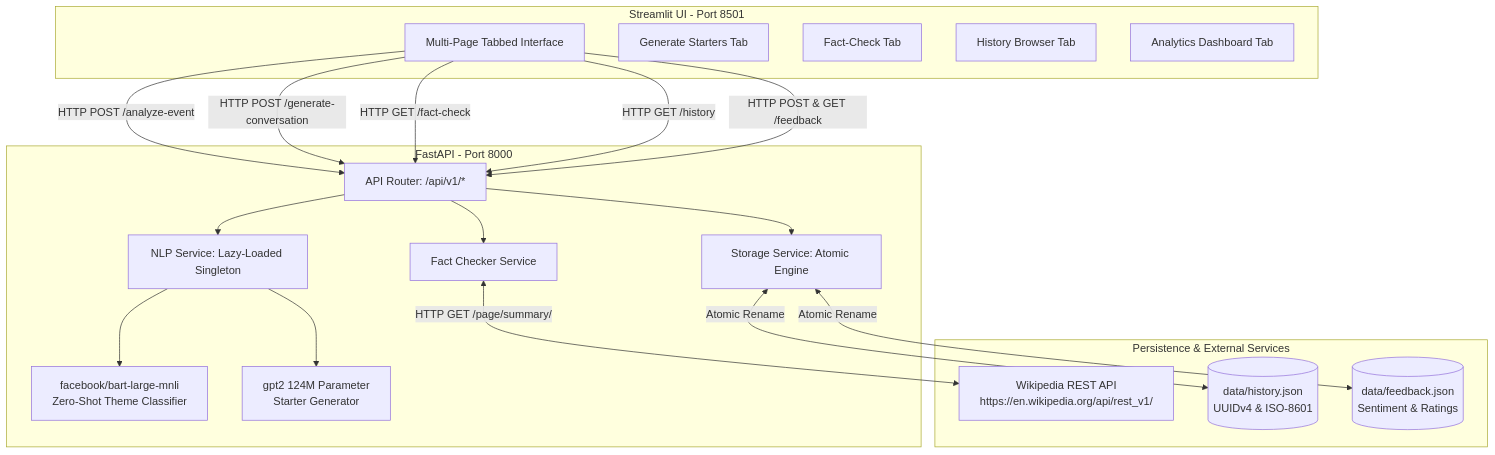
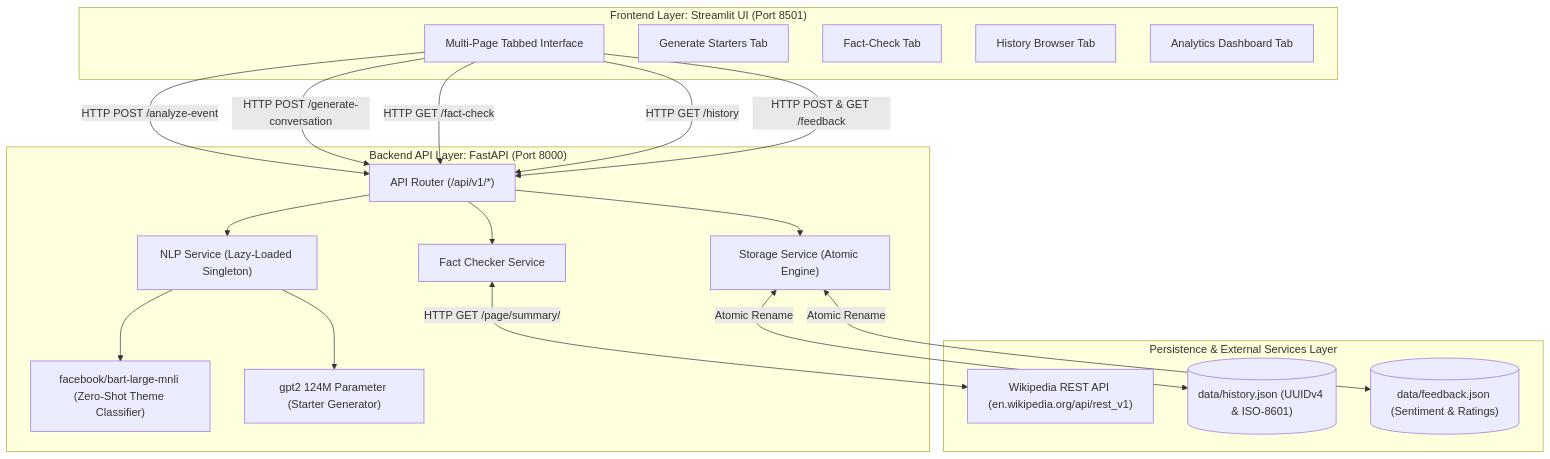
The diagram in README.md (mohammedmehboobali999-ctrl/Personalized-Networking-Assistant-main), drawn with Mermaid before and after one commit. The commit also changed 2 other files, not shown here.

Commit message:
docs: fix Mermaid diagram syntax errors across README and reports by enclosing node and edge labels in double quotes

````diff
--- a/README.md
+++ b/README.md
@@ -67,40 +67,40 @@
 ```mermaid
 graph TD
-    subgraph Frontend Layer [Streamlit UI - Port 8501]
-        UI[Multi-Page Tabbed Interface]
-        GEN[Generate Starters Tab]
-        CHK[Fact-Check Tab]
-        HST[History Browser Tab]
-        DSH[Analytics Dashboard Tab]
+    subgraph frontend ["Frontend Layer: Streamlit UI (Port 8501)"]
+        UI["Multi-Page Tabbed Interface"]
+        GEN["Generate Starters Tab"]
+        CHK["Fact-Check Tab"]
+        HST["History Browser Tab"]
+        DSH["Analytics Dashboard Tab"]
     end
 
-    subgraph Backend API Layer [FastAPI - Port 8000]
-        ROUTER[API Router: /api/v1/*]
-        NLP[NLP Service: Lazy-Loaded Singleton]
-        BART[facebook/bart-large-mnli<br/>Zero-Shot Theme Classifier]
-        GPT[gpt2 124M Parameter<br/>Starter Generator]
-        FACT[Fact Checker Service]
-        STORE[Storage Service: Atomic Engine]
+    subgraph backend ["Backend API Layer: FastAPI (Port 8000)"]
+        ROUTER["API Router (/api/v1/*)"]
+        NLP["NLP Service (Lazy-Loaded Singleton)"]
+        BART["facebook/bart-large-mnli (Zero-Shot Theme Classifier)"]
+        GPT["gpt2 124M Parameter (Starter Generator)"]
+        FACT["Fact Checker Service"]
+        STORE["Storage Service (Atomic Engine)"]
     end
 
-    subgraph Persistence & External Services
-        WIKI[Wikipedia REST API<br/>https://en.wikipedia.org/api/rest_v1/]
-        HIST_JSON[(data/history.json<br/>UUIDv4 & ISO-8601)]
-        FEED_JSON[(data/feedback.json<br/>Sentiment & Ratings)]
+    subgraph persistence ["Persistence & External Services Layer"]
+        WIKI["Wikipedia REST API (en.wikipedia.org/api/rest_v1)"]
+        HIST_JSON[("data/history.json (UUIDv4 & ISO-8601)")]
+        FEED_JSON[("data/feedback.json (Sentiment & Ratings)")]
     end
 
-    UI -->|HTTP POST /analyze-event| ROUTER
-    UI -->|HTTP POST /generate-conversation| ROUTER
-    UI -->|HTTP GET /fact-check| ROUTER
-    UI -->|HTTP GET /history| ROUTER
-    UI -->|HTTP POST & GET /feedback| ROUTER
+    UI -->|"HTTP POST /analyze-event"| ROUTER
+    UI -->|"HTTP POST /generate-conversation"| ROUTER
+    UI -->|"HTTP GET /fact-check"| ROUTER
+    UI -->|"HTTP GET /history"| ROUTER
+    UI -->|"HTTP POST & GET /feedback"| ROUTER
 
     ROUTER --> NLP
     NLP --> BART
     NLP --> GPT
     ROUTER --> FACT
-    FACT <-->|HTTP GET /page/summary/| WIKI
+    FACT <-->|"HTTP GET /page/summary/"| WIKI
     ROUTER --> STORE
-    STORE <-->|Atomic Rename| HIST_JSON
-    STORE <-->|Atomic Rename| FEED_JSON
+    STORE <-->|"Atomic Rename"| HIST_JSON
+    STORE <-->|"Atomic Rename"| FEED_JSON
 ```
````
